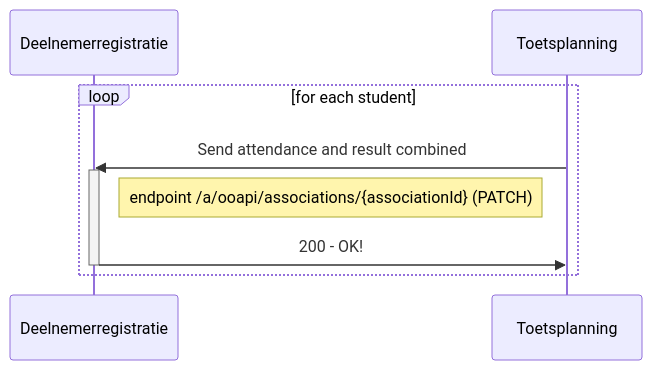
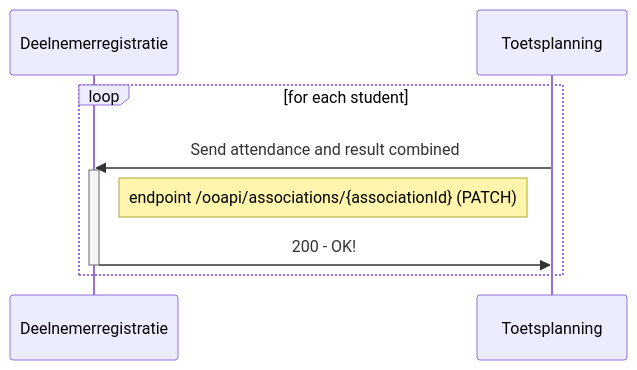
One commit to NetwerkExamineringDigitalisering/NED-OOAPI changed the first of 2 diagrams in doc/flow5.md. Above: the diagram before and after it, drawn with Mermaid. The commit also changed 4 other files, not shown here.

````diff
--- a/doc/flow5.md
+++ b/doc/flow5.md
@@ -10,12 +10,12 @@
 ```mermaid
 sequenceDiagram
     participant Deelnemerregistratie
     participant Toetsplanning
     loop for each student
       Toetsplanning->>Deelnemerregistratie: Send attendance and result combined
       activate Deelnemerregistratie
-      Note right of Deelnemerregistratie: endpoint /a/ooapi/associations/{associationId} (PATCH)
+      Note right of Deelnemerregistratie: endpoint /ooapi/associations/{associationId} (PATCH)
       Deelnemerregistratie->>Toetsplanning: 200 - OK!
       deactivate Deelnemerregistratie
     end
 ```
````
